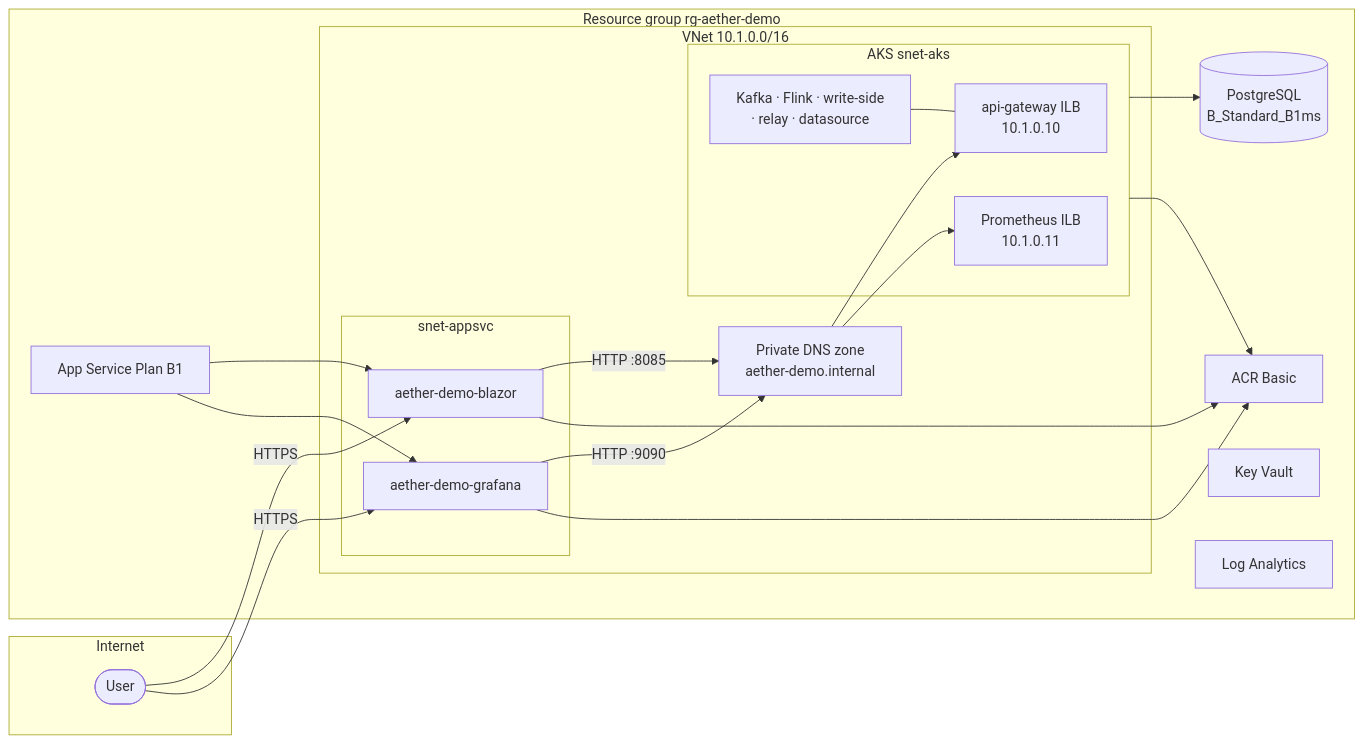
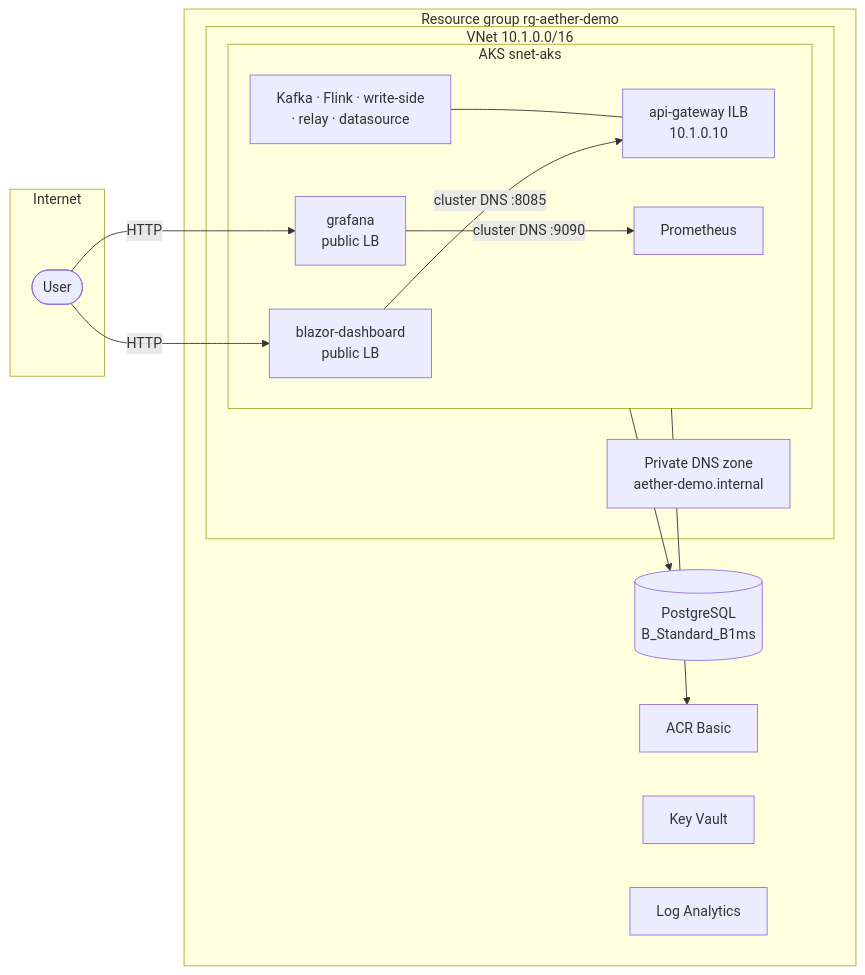
The diagram in infra/terraform/README.md (asaleh-lab/AetherStream), drawn with Mermaid before and after one commit. The commit also changed other lines of this file and 33 other files, not shown here.

First line of the commit message:
feat(infra): move Blazor and Grafana UI to AKS LoadBalancers

````diff
--- a/infra/terraform/README.md
+++ b/infra/terraform/README.md
@@ -29,44 +30,32 @@
 ```mermaid
 flowchart LR
   subgraph Internet
     U([User])
   end
 
   subgraph RG["Resource group rg-aether-demo"]
-    ASP["App Service Plan B1"]
-    BLAZOR["aether-demo-blazor"]
-    GRAF["aether-demo-grafana"]
-    ASP --> BLAZOR
-    ASP --> GRAF
-
     subgraph VNet["VNet 10.1.0.0/16"]
       subgraph AKS["AKS snet-aks"]
+        BLAZOR["blazor-dashboard<br/>public LB"]
+        GRAF["grafana<br/>public LB"]
         AGW_ILB["api-gateway ILB<br/>10.1.0.10"]
-        PROM_ILB["Prometheus ILB<br/>10.1.0.11"]
+        PROM["Prometheus"]
         PODS["Kafka · Flink · write-side<br/>· relay · datasource"]
-      end
-      subgraph UiNet["snet-appsvc"]
-        BLAZOR
-        GRAF
       end
       PDNS["Private DNS zone<br/>aether-demo.internal"]
     end
 
     PG[("PostgreSQL<br/>B_Standard_B1ms")]
     ACR["ACR Basic"]
     KV["Key Vault"]
     LAW["Log Analytics"]
   end
 
-  U -->|HTTPS| BLAZOR
-  U -->|HTTPS| GRAF
-  BLAZOR -->|HTTP :8085| PDNS
-  PDNS --> AGW_ILB
-  GRAF -->|HTTP :9090| PDNS
-  PDNS --> PROM_ILB
+  U -->|HTTP| BLAZOR
+  U -->|HTTP| GRAF
+  BLAZOR -->|cluster DNS :8085| AGW_ILB
+  GRAF -->|cluster DNS :9090| PROM
   PODS --- AGW_ILB
   AKS --> PG
   AKS --> ACR
-  BLAZOR --> ACR
-  GRAF --> ACR
 ```
````
